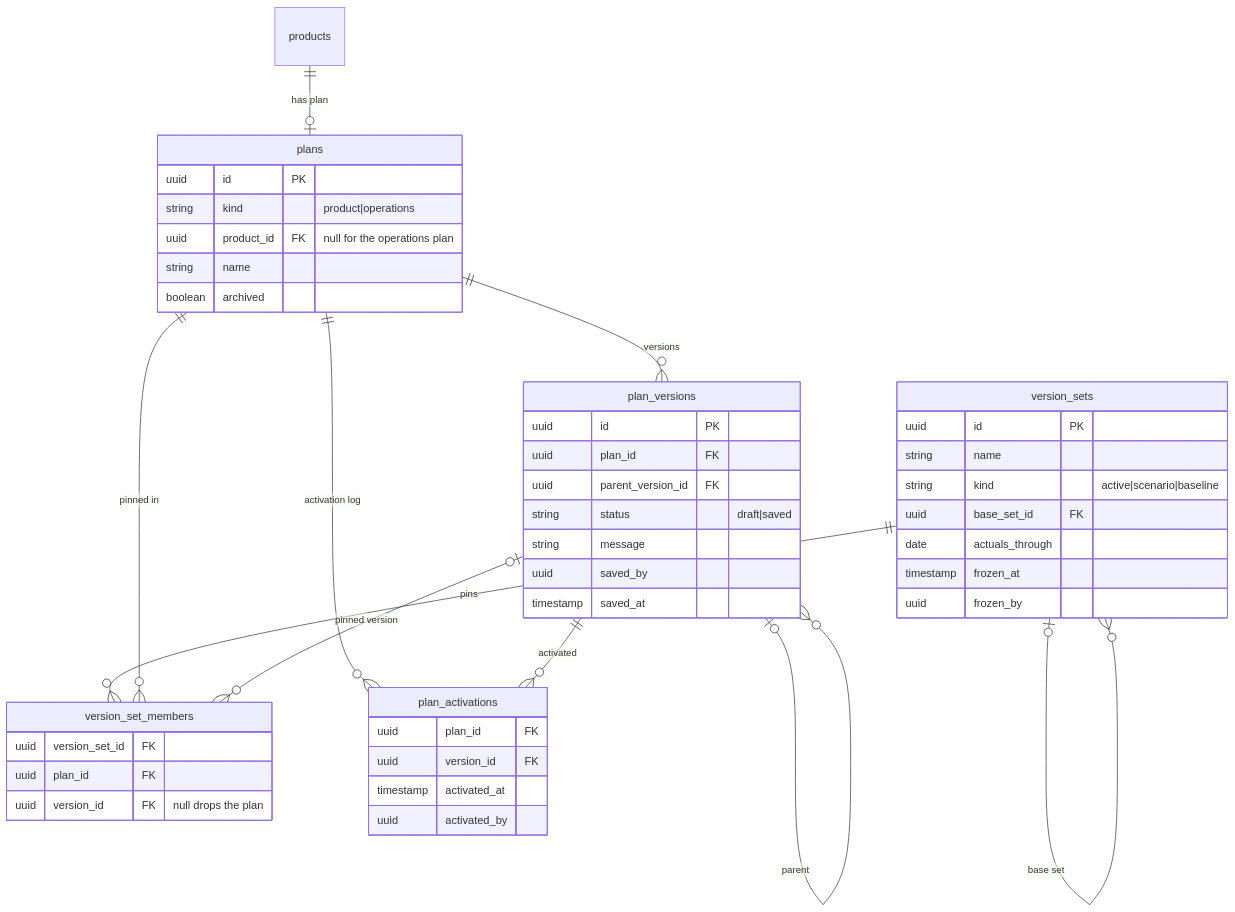
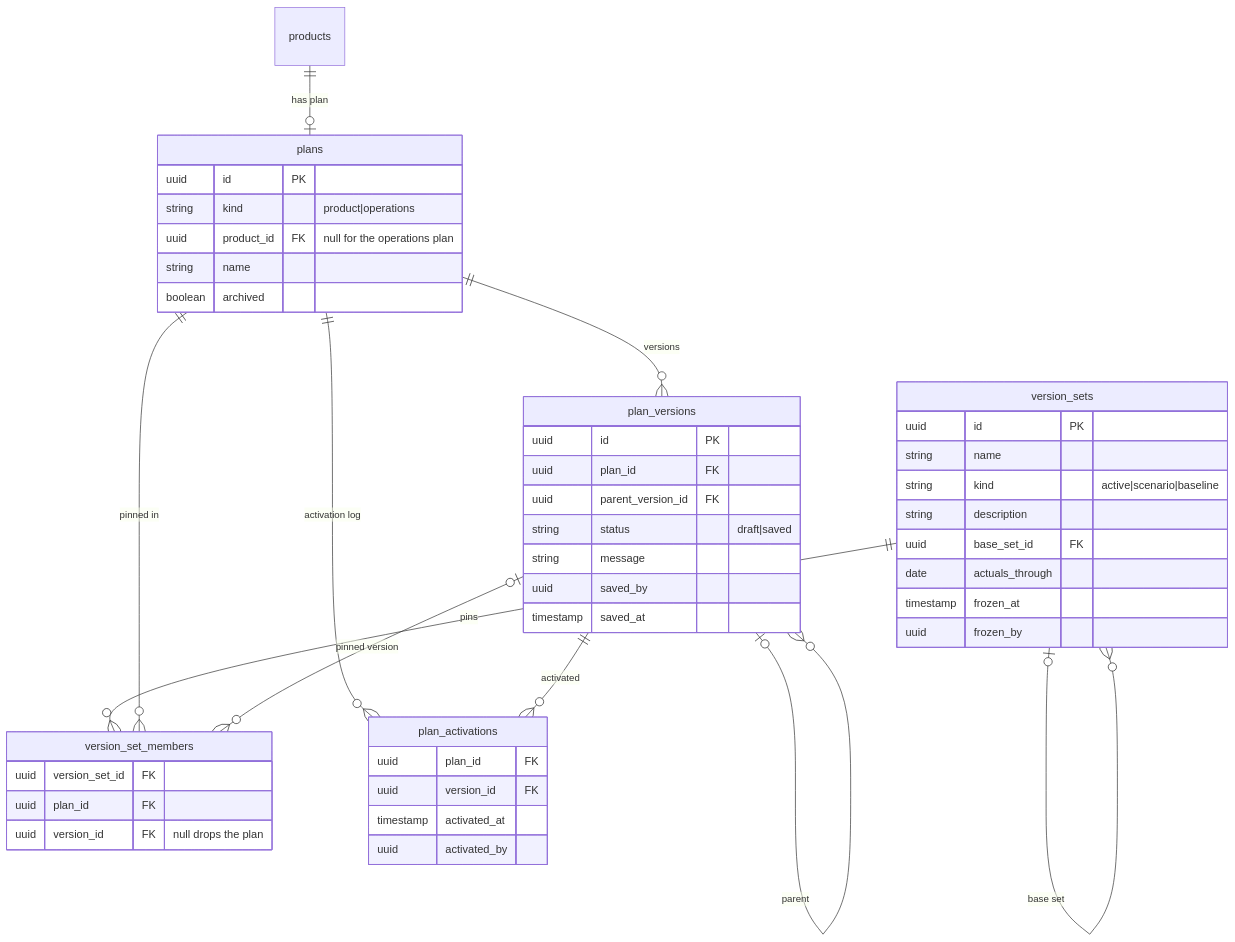
Before and after one commit to cyc-seattle/isthmia: the second of 5 diagrams in docs/planning-schema.md, drawn with Mermaid. The commit also changed other lines of this file, not shown here.

Commit message:
docs: extend the planning schema for spreadsheet and project-two gaps

````diff
--- a/docs/planning-schema.md
+++ b/docs/planning-schema.md
@@ -83,49 +90,50 @@
 ```mermaid
 erDiagram
     products ||--o| plans : "has plan"
     plans ||--o{ plan_versions : versions
     plan_versions |o--o{ plan_versions : parent
     version_sets |o--o{ version_sets : "base set"
     version_sets ||--o{ version_set_members : pins
     plans ||--o{ version_set_members : "pinned in"
     plan_versions |o--o{ version_set_members : "pinned version"
     plans ||--o{ plan_activations : "activation log"
     plan_versions ||--o{ plan_activations : activated
 
     plans {
         uuid id PK
         string kind "product|operations"
         uuid product_id FK "null for the operations plan"
         string name
         boolean archived
     }
     plan_versions {
         uuid id PK
         uuid plan_id FK
         uuid parent_version_id FK
         string status "draft|saved"
         string message
         uuid saved_by
         timestamp saved_at
     }
     version_sets {
         uuid id PK
         string name
         string kind "active|scenario|baseline"
+        string description
         uuid base_set_id FK
         date actuals_through
         timestamp frozen_at
         uuid frozen_by
     }
     version_set_members {
         uuid version_set_id FK
         uuid plan_id FK
         uuid version_id FK "null drops the plan"
     }
     plan_activations {
         uuid plan_id FK
         uuid version_id FK
         timestamp activated_at
         uuid activated_by
     }
 ```
````
